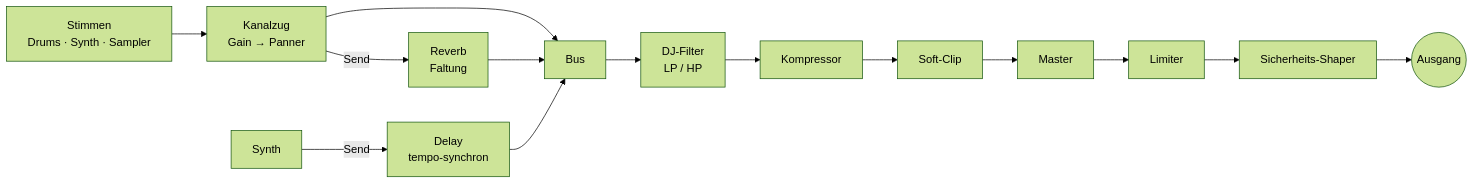
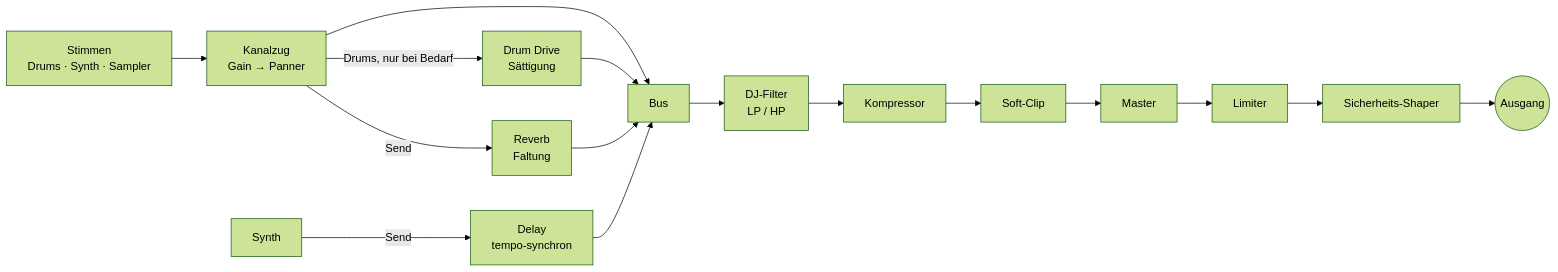
One commit to schroepa/pocket-808 changed the second of 2 diagrams in README.md. Above: the diagram before and after it, drawn with Mermaid (forest theme). The commit also changed other lines of this file and 32 other files, not shown here.

First line of the commit message:
core, audio, ui: Drum Drive und Stil Berlin (0.30.0)

````diff
--- a/README.md
+++ b/README.md
@@ -194,10 +197,11 @@
 ```mermaid
 flowchart LR
   V[Stimmen<br/>Drums · Synth · Sampler] --> K[Kanalzug<br/>Gain → Panner]
   K --> B[Bus]
   K -- Send --> R[Reverb<br/>Faltung]
+  K -- Drums, nur bei Bedarf --> DD[Drum Drive<br/>Sättigung] --> B
   S[Synth] -- Send --> D[Delay<br/>tempo-synchron]
   R --> B
   D --> B
   B --> F[DJ-Filter<br/>LP / HP] --> C[Kompressor] --> SC[Soft-Clip] --> M[Master] --> L[Limiter] --> SS[Sicherheits-Shaper] --> OUT((Ausgang))
 ```
````
